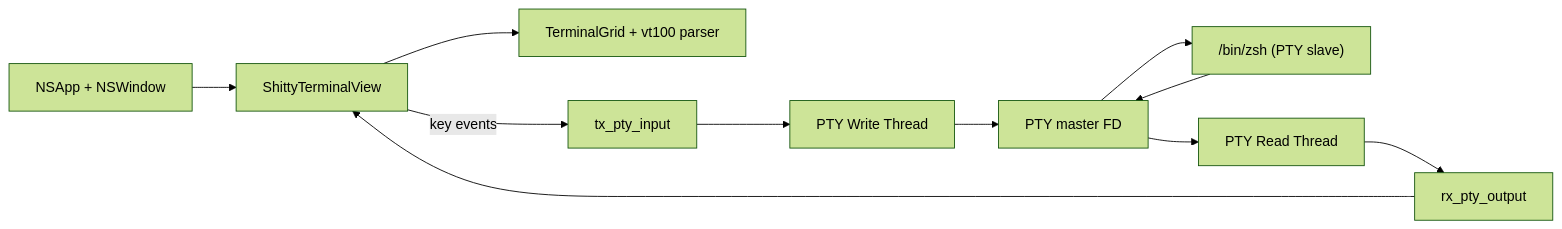
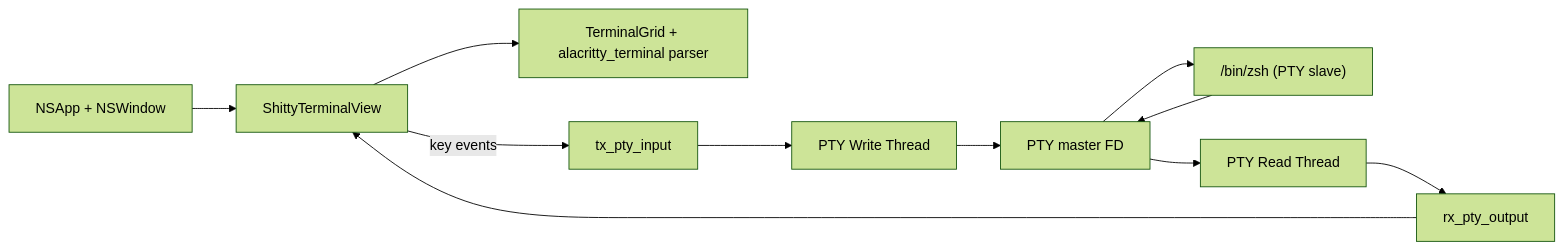
One commit to lixiao189/shitty changed the diagram in README.md. Above: the diagram before and after it, drawn with Mermaid (forest theme). The commit also changed other lines of this file and 5 other files, not shown here.

Commit message:
feat: replace vt100 parser with alacritty_terminal

````diff
--- a/README.md
+++ b/README.md
@@ -53,13 +53,13 @@
 ```mermaid
 flowchart LR
   APP[NSApp + NSWindow] --> VIEW[ShittyTerminalView]
-  VIEW --> GRID[TerminalGrid + vt100 parser]
+  VIEW --> GRID[TerminalGrid + alacritty_terminal parser]
   VIEW -- key events --> TX[tx_pty_input]
   TX --> W[PTY Write Thread]
   W --> MFD[PTY master FD]
   MFD --> SHELL["/bin/zsh (PTY slave)"]
   SHELL --> MFD
   MFD --> R[PTY Read Thread]
   R --> RX[rx_pty_output]
   RX --> VIEW
 ```
````
